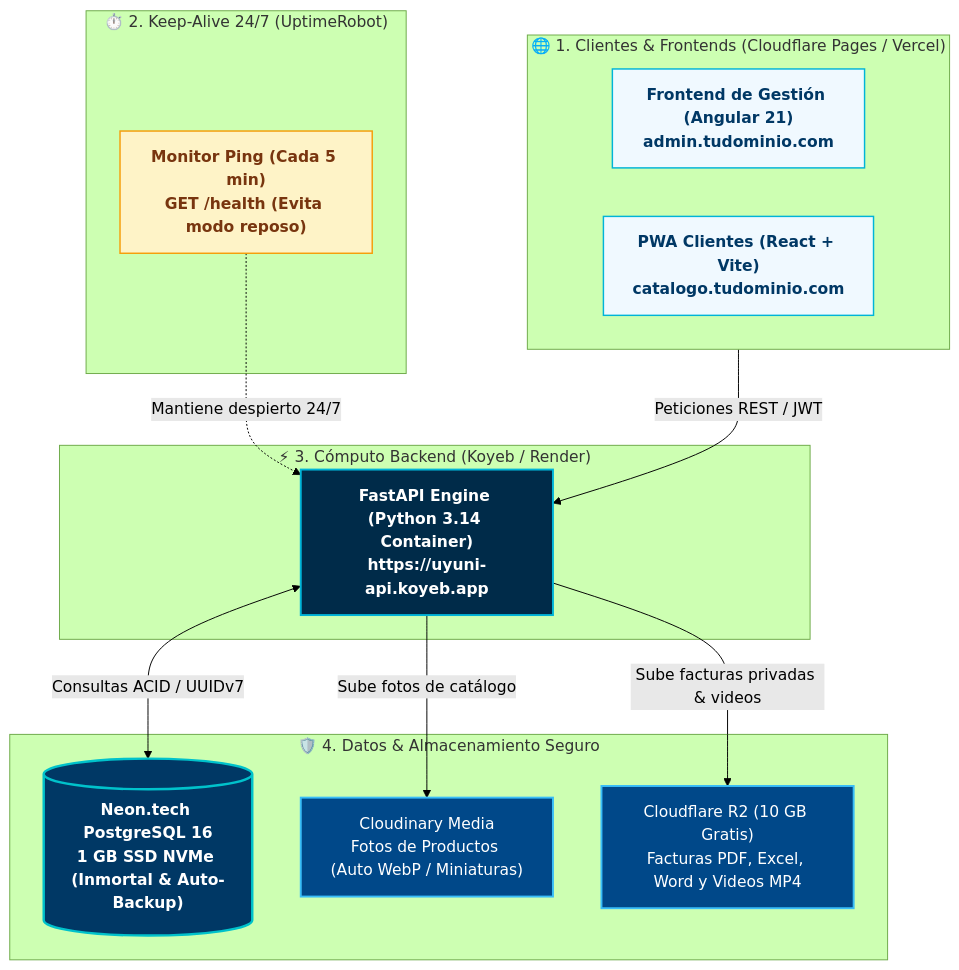
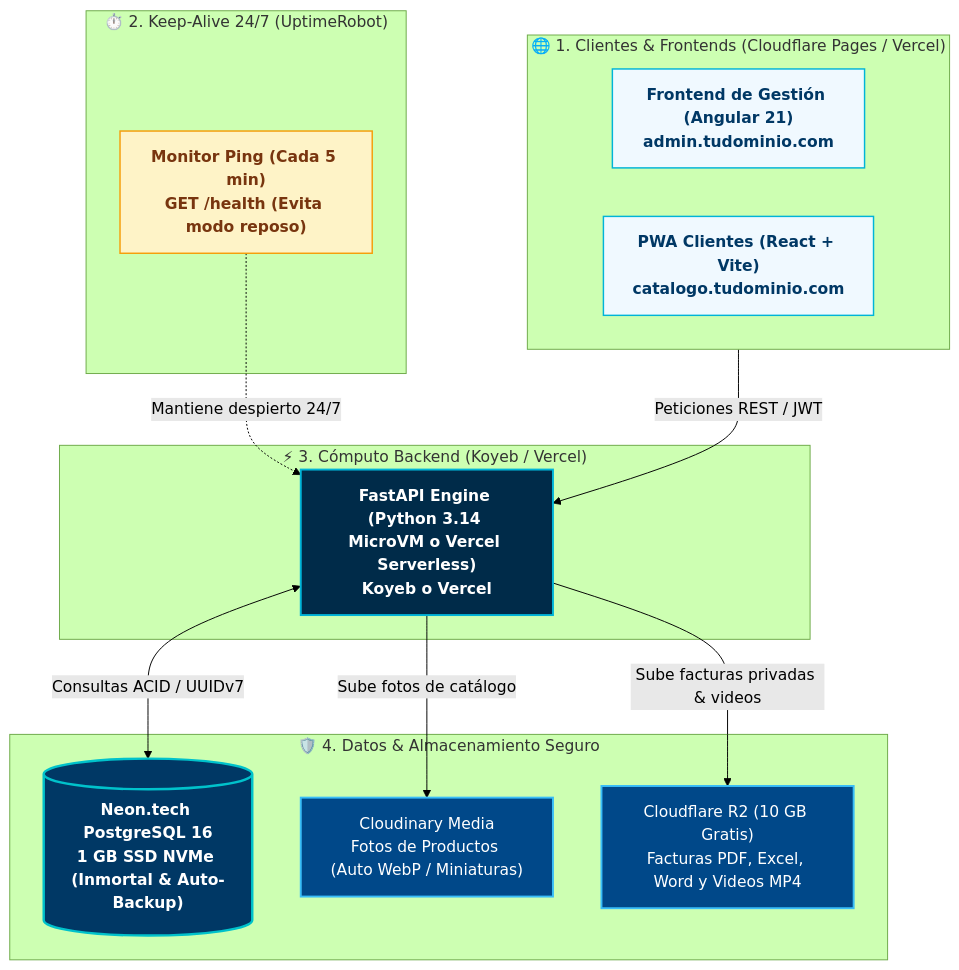
Before and after one commit to henrytaby/uyuni-backend-py: the diagram in docs/SERVERLESS_DEPLOYMENT_GUIDE.md, drawn with Mermaid (forest theme). The commit also changed other lines of this file and 3 other files, not shown here.

Commit message:
feat: add support for Vercel serverless deployment

````diff
--- a/docs/SERVERLESS_DEPLOYMENT_GUIDE.md
+++ b/docs/SERVERLESS_DEPLOYMENT_GUIDE.md
@@ -9,44 +9,44 @@
 ```mermaid
 flowchart TB
     %% ==========================================
     %% TOPOLOGÍA SERVERLESS UYUNI
     %% ==========================================
     
     subgraph ClientsLayer ["🌐 1. Clientes & Frontends (Cloudflare Pages / Vercel)"]
         SPA["Frontend de Gestión (Angular 21)<br/>admin.tudominio.com"]
         PWA["PWA Clientes (React + Vite)<br/>catalogo.tudominio.com"]
     end
 
     subgraph MonitoringLayer ["⏱️ 2. Keep-Alive 24/7 (UptimeRobot)"]
         PING["Monitor Ping (Cada 5 min)<br/>GET /health (Evita modo reposo)"]
     end
 
-    subgraph BackendCompute ["⚡ 3. Cómputo Backend (Koyeb / Render)"]
-        FASTAPI["FastAPI Engine (Python 3.14 Container)<br/>https://uyuni-api.koyeb.app"]
+    subgraph BackendCompute ["⚡ 3. Cómputo Backend (Koyeb / Vercel)"]
+        FASTAPI["FastAPI Engine (Python 3.14 MicroVM o Vercel Serverless)<br/>Koyeb o Vercel"]
     end
 
     subgraph ManagedData ["🛡️ 4. Datos & Almacenamiento Seguro"]
         NEON[("Neon.tech PostgreSQL 16<br/>1 GB SSD NVMe (Inmortal & Auto-Backup)")]
         CLOUDINARY["Cloudinary Media<br/>Fotos de Productos (Auto WebP / Miniaturas)"]
         R2["Cloudflare R2 (10 GB Gratis)<br/>Facturas PDF, Excel, Word y Videos MP4"]
     end
 
     ClientsLayer -->|Peticiones REST / JWT| FASTAPI
     PING -.->|Mantiene despierto 24/7| FASTAPI
     FASTAPI <-->|Consultas ACID / UUIDv7| NEON
     FASTAPI -->|Sube fotos de catálogo| CLOUDINARY
     FASTAPI -->|Sube facturas privadas & videos| R2
 
     %% Estilos Corporativos Uyuni
     classDef clientNode fill:#f0f9ff,stroke:#00b4d8,stroke-width:1.5px,color:#003865,font-weight:bold;
     classDef pingNode fill:#fef3c7,stroke:#f59e0b,stroke-width:1.5px,color:#78350f,font-weight:bold;
     classDef backendNode fill:#002b49,stroke:#00b4d8,stroke-width:2px,color:#ffffff,font-weight:bold;
     classDef dbNode fill:#003865,stroke:#00c2cb,stroke-width:2.5px,color:#ffffff,font-weight:bold;
     classDef mediaNode fill:#004889,stroke:#38bdf8,stroke-width:2px,color:#ffffff;
 
     class SPA,PWA clientNode;
     class PING pingNode;
     class FASTAPI backendNode;
     class NEON dbNode;
     class CLOUDINARY,R2 mediaNode;
 ```
````
